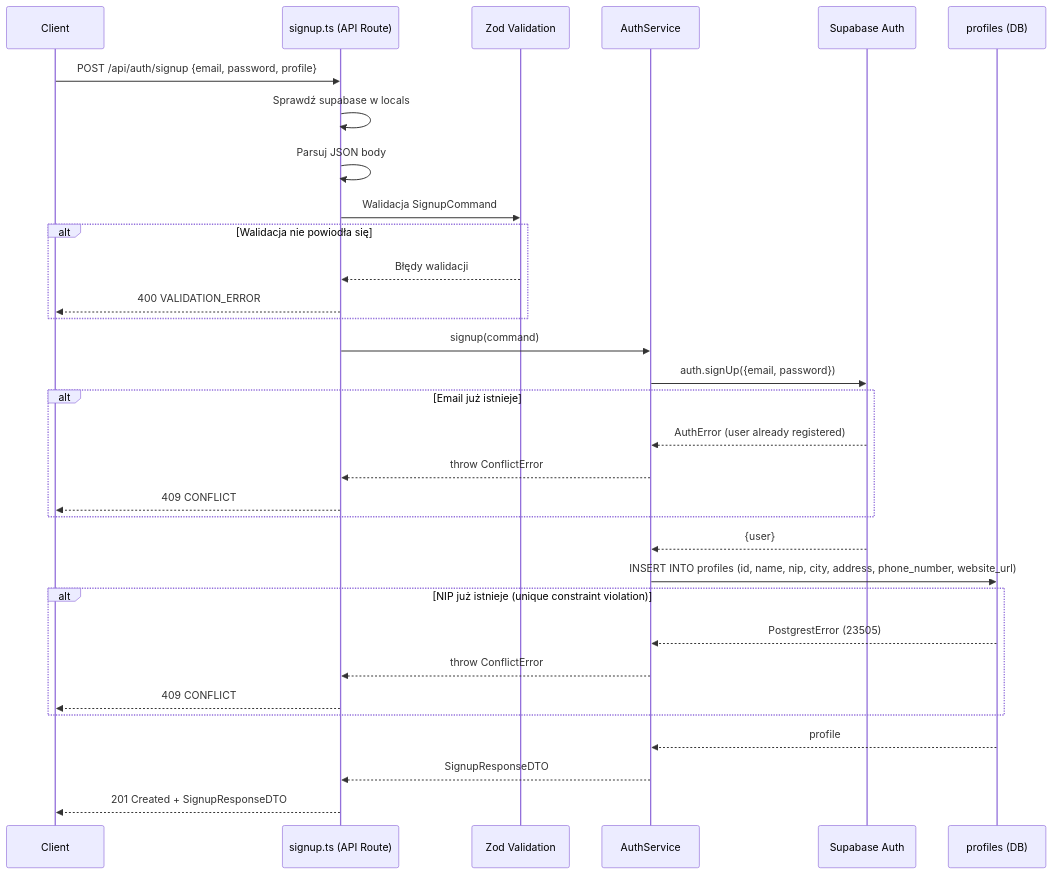
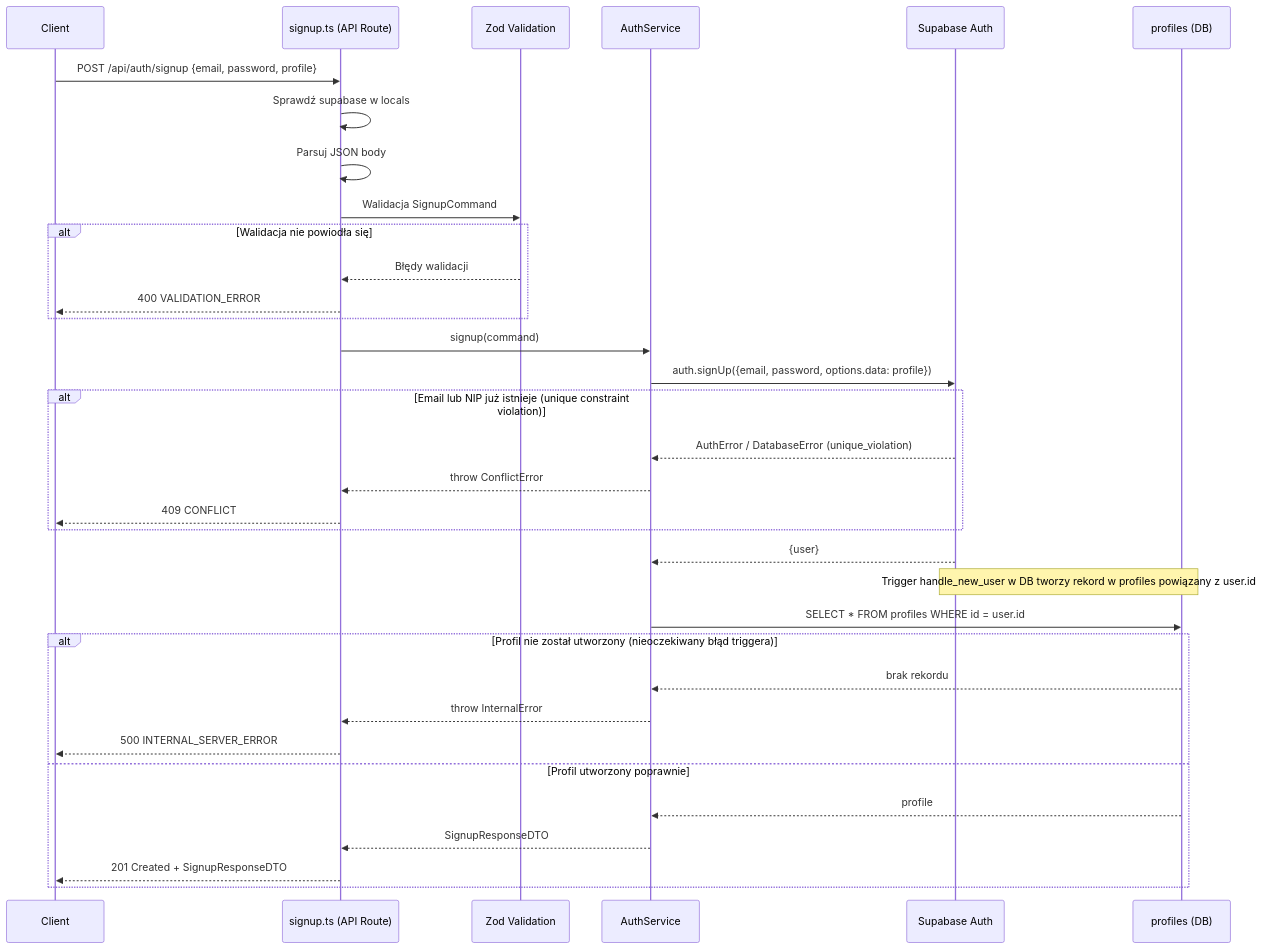
One commit to SebayK/Shelterly changed the diagram in .ai/api/signup-implementation-plan.md. Above: the diagram before and after it, drawn with Mermaid. The commit also changed other lines of this file and 11 other files, not shown here.

````diff
--- a/.ai/api/signup-implementation-plan.md
+++ b/.ai/api/signup-implementation-plan.md
@@ -152,35 +152,37 @@
 ```mermaid
 sequenceDiagram
     participant Client
     participant Route as signup.ts (API Route)
     participant Zod as Zod Validation
     participant Service as AuthService
     participant Supabase as Supabase Auth
     participant DB as profiles (DB)
 
     Client->>Route: POST /api/auth/signup {email, password, profile}
     Route->>Route: Sprawdź supabase w locals
     Route->>Route: Parsuj JSON body
     Route->>Zod: Walidacja SignupCommand
     alt Walidacja nie powiodła się
         Zod-->>Route: Błędy walidacji
         Route-->>Client: 400 VALIDATION_ERROR
     end
     Route->>Service: signup(command)
-    Service->>Supabase: auth.signUp({email, password})
-    alt Email już istnieje
-        Supabase-->>Service: AuthError (user already registered)
+    Service->>Supabase: auth.signUp({email, password, options.data: profile})
+    alt Email lub NIP już istnieje (unique constraint violation)
+        Supabase-->>Service: AuthError / DatabaseError (unique_violation)
         Service-->>Route: throw ConflictError
         Route-->>Client: 409 CONFLICT
     end
     Supabase-->>Service: {user}
-    Service->>DB: INSERT INTO profiles (id, name, nip, city, address, phone_number, website_url)
-    alt NIP już istnieje (unique constraint violation)
-        DB-->>Service: PostgrestError (23505)
-        Service-->>Route: throw ConflictError
-        Route-->>Client: 409 CONFLICT
+    Note over Supabase,DB: Trigger handle_new_user w DB tworzy rekord w profiles powiązany z user.id
+    Service->>DB: SELECT * FROM profiles WHERE id = user.id
+    alt Profil nie został utworzony (nieoczekiwany błąd triggera)
+        DB-->>Service: brak rekordu
+        Service-->>Route: throw InternalError
+        Route-->>Client: 500 INTERNAL_SERVER_ERROR
+    else Profil utworzony poprawnie
+        DB-->>Service: profile
+        Service-->>Route: SignupResponseDTO
+        Route-->>Client: 201 Created + SignupResponseDTO
     end
-    DB-->>Service: profile
-    Service-->>Route: SignupResponseDTO
-    Route-->>Client: 201 Created + SignupResponseDTO
 ```
````
